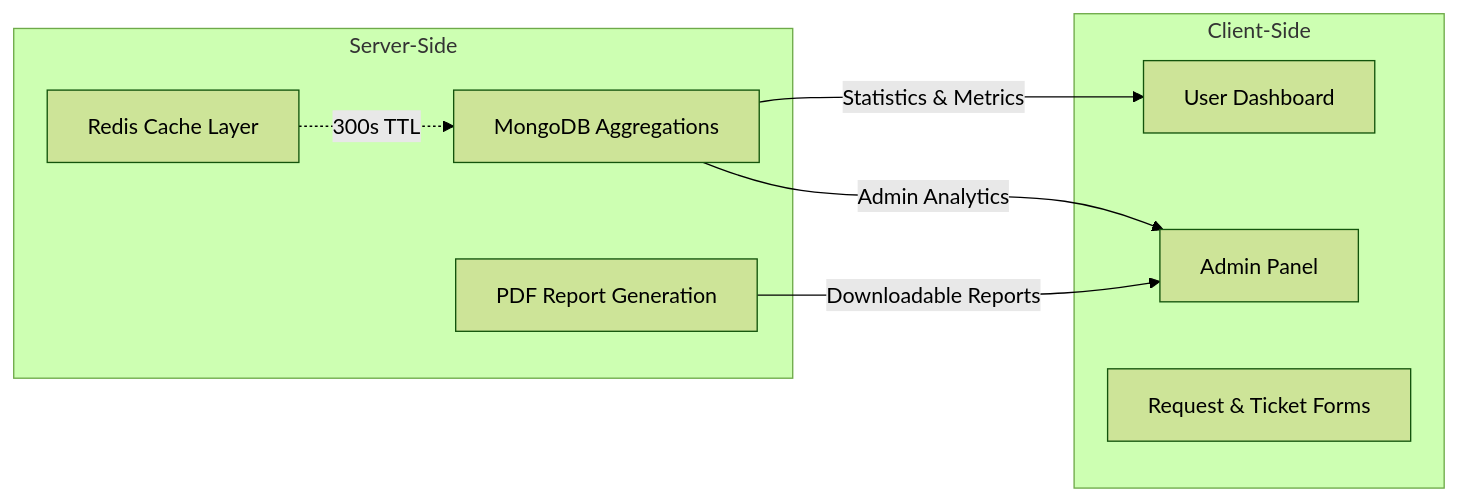
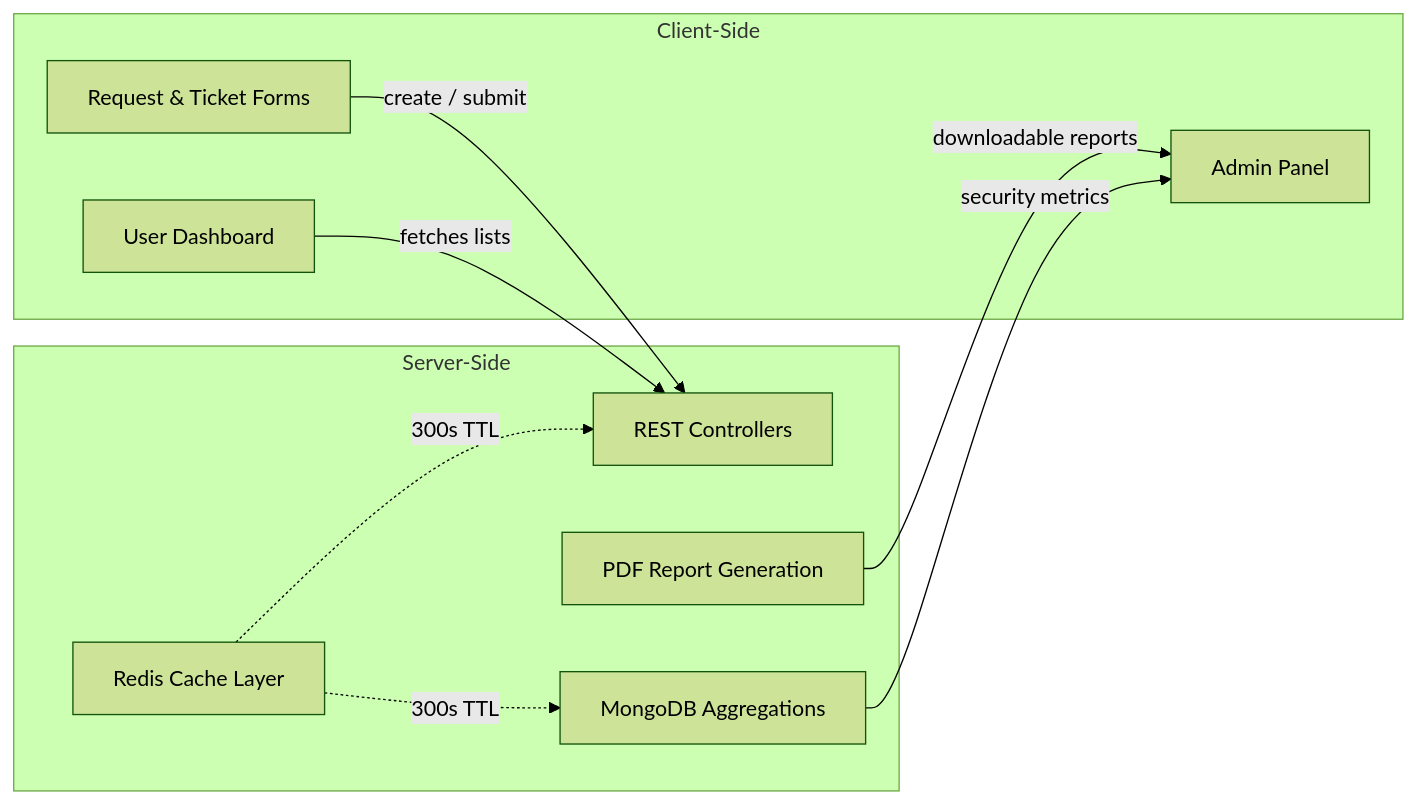
The second of 2 diagrams in README.md (vinamras19/it-asset-management-portal), drawn with Mermaid (forest theme) before and after one commit. The commit also changed other lines of this file, not shown here.

Commit message:
docs: update system architecture and setup details

````diff
--- a/README.md
+++ b/README.md
@@ -30,19 +30,22 @@
 ```mermaid
 graph LR
     subgraph Frontend [Client-Side]
         UI[User Dashboard]
         Admin[Admin Panel]
-        Forms[Request & Ticket Forms]
+        Forms["Request & Ticket Forms"]
     end
 
     subgraph Backend [Server-Side]
+        API[REST Controllers]
         Agg[MongoDB Aggregations]
         Cache_L[Redis Cache Layer]
         PDF[PDF Report Generation]
     end
 
-    Agg -->|Statistics & Metrics| UI
-    Agg -->|Admin Analytics| Admin
+    UI -->|fetches lists| API
+    Forms -->|create / submit| API
+    Agg -->|security metrics| Admin
+    PDF -->|downloadable reports| Admin
+    Cache_L -.->|300s TTL| API
     Cache_L -.->|300s TTL| Agg
-    PDF -->|Downloadable Reports| Admin
 ```
````
